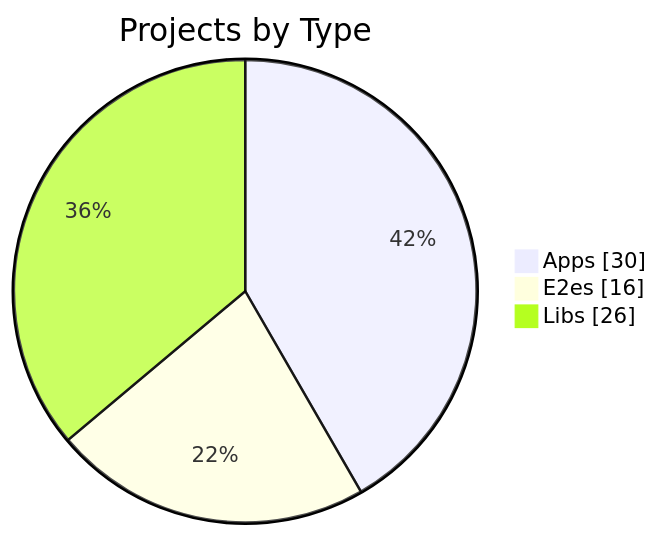
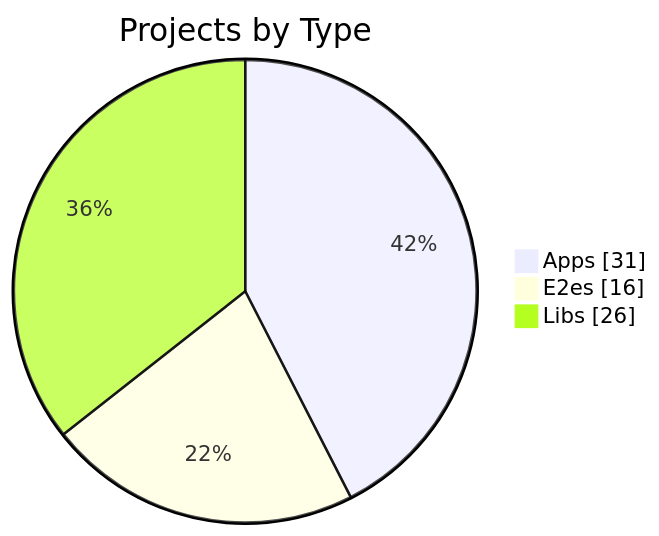
One commit to KBVE/kbve changed the first of 3 diagrams in apps/kbve/astro-kbve/src/content/docs/dashboard/graph.mdx. Above: the diagram before and after it, drawn with Mermaid. The commit also changed other lines of this file and 8 other files, not shown here.

````diff
--- a/apps/kbve/astro-kbve/src/content/docs/dashboard/graph.mdx
+++ b/apps/kbve/astro-kbve/src/content/docs/dashboard/graph.mdx
@@ -56,7 +56,7 @@
 ```mermaid
 pie showData
     title Projects by Type
-    "Apps" : 30
+    "Apps" : 31
     "E2es" : 16
     "Libs" : 26
 ```
````
